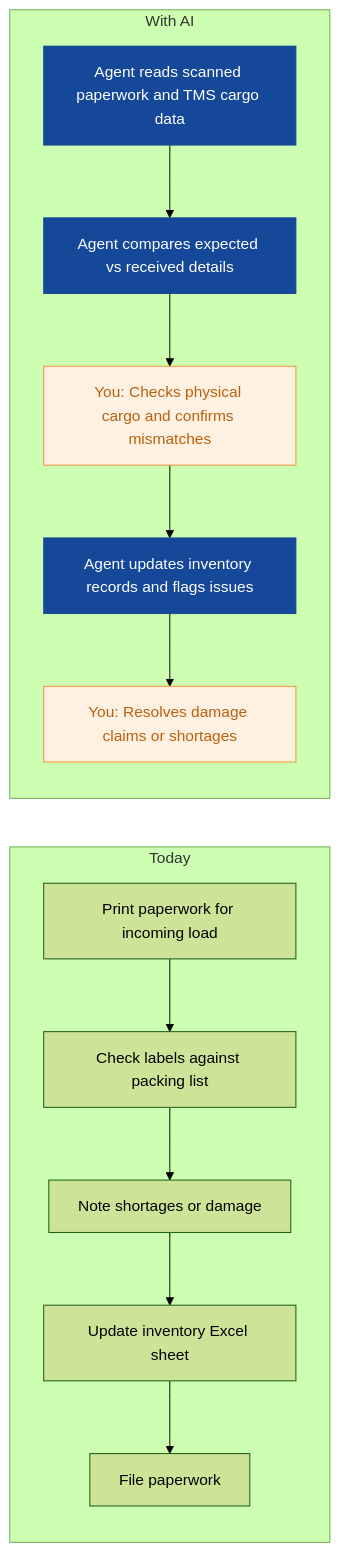
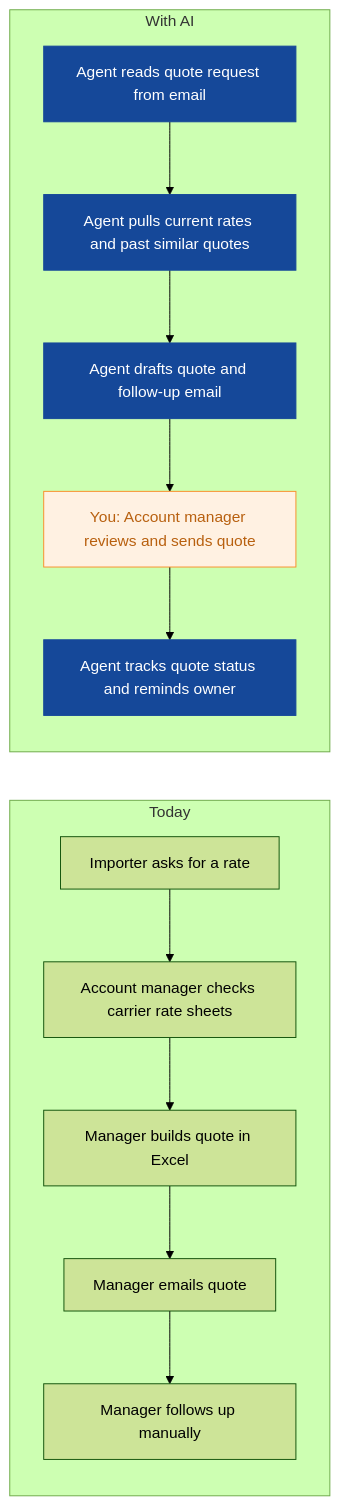
Before and after one commit to nexibeo/Complete-AI-Strategy: the seventh of 9 diagrams in strategies/harborline-freight.md, drawn with Mermaid (forest theme). The commit also changed other lines of this file and 26 other files, not shown here.

````diff
--- a/strategies/harborline-freight.md
+++ b/strategies/harborline-freight.md
@@ -193,23 +227,23 @@
 ```mermaid
 flowchart LR
   subgraph Today
-    B0["Print paperwork for incoming load"]
-    B1["Check labels against packing list"]
-    B2["Note shortages or damage"]
-    B3["Update inventory Excel sheet"]
-    B4["File paperwork"]
+    B0["Importer asks for a rate"]
+    B1["Account manager checks carrier rate sheets"]
+    B2["Manager builds quote in Excel"]
+    B3["Manager emails quote"]
+    B4["Manager follows up manually"]
     B0 --> B1 --> B2 --> B3 --> B4
   end
   subgraph WithAI[With AI]
-    A0["Agent reads scanned paperwork and TMS cargo data"]
-    A1["Agent compares expected vs received details"]
-    A2["You: Checks physical cargo and confirms mismatches"]
-    A3["Agent updates inventory records and flags issues"]
-    A4["You: Resolves damage claims or shortages"]
+    A0["Agent reads quote request from email"]
+    A1["Agent pulls current rates and past similar quotes"]
+    A2["Agent drafts quote and follow-up email"]
+    A3["You: Account manager reviews and sends quote"]
+    A4["Agent tracks quote status and reminds owner"]
     A0 --> A1 --> A2 --> A3 --> A4
   end
   classDef ai fill:#154899,color:#fff,stroke:#154899
   classDef human fill:#FFF1E2,color:#B8600F,stroke:#F98F2C
-  class A0,A1,A3 ai
-  class A2,A4 human
+  class A0,A1,A2,A4 ai
+  class A3 human
 ```
````
